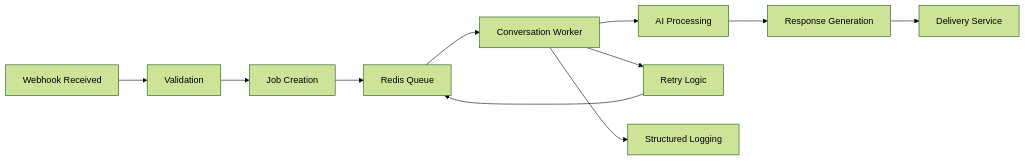
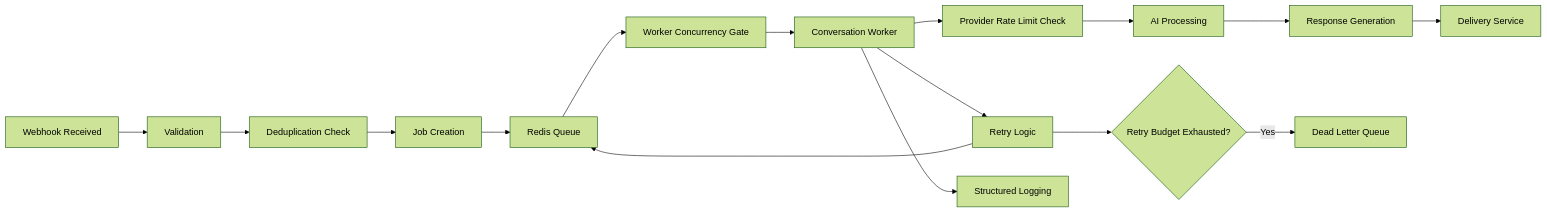
The diagram in diagrams/queue-processing.md (Ahsankhalid618/ai-automation-system-design), drawn with Mermaid (forest theme) before and after one commit. The commit also changed 9 other files, not shown here.

````diff
--- a/diagrams/queue-processing.md
+++ b/diagrams/queue-processing.md
@@ -3,24 +3,34 @@
 ```mermaid
 flowchart LR
 
 A[Webhook Received]
 --> B[Validation]
 
-B --> C[Job Creation]
+B --> C[Deduplication Check]
 
-C --> D[Redis Queue]
+C --> D[Job Creation]
 
-D --> E[Conversation Worker]
+D --> E[Redis Queue]
 
-E --> F[AI Processing]
+E --> F[Worker Concurrency Gate]
 
-F --> G[Response Generation]
+F --> G[Conversation Worker]
 
-G --> H[Delivery Service]
+G --> H[Provider Rate Limit Check]
 
-E --> I[Retry Logic]
+H --> I[AI Processing]
 
-I --> D
+I --> J[Response Generation]
 
-E --> J[Structured Logging]
+J --> K[Delivery Service]
+
+G --> L[Retry Logic]
+
+L --> E
+
+L --> M{Retry Budget Exhausted?}
+
+M -->|Yes| N[Dead Letter Queue]
+
+G --> O[Structured Logging]
 ```
````
